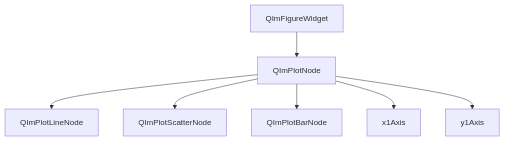
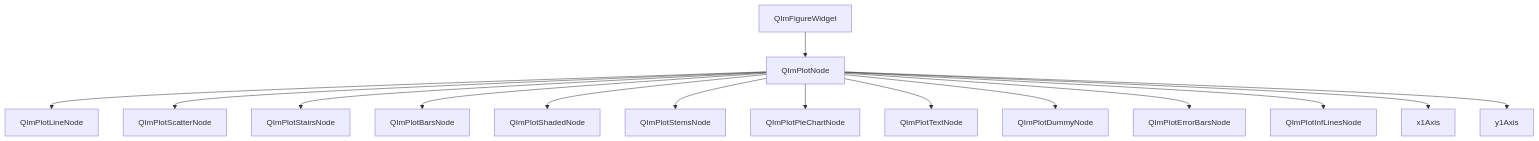
One commit to czyt1988/QIm changed the diagram in docs/zh/plot2d/index.md. Above: the diagram before and after it, drawn with Mermaid. The commit also changed other lines of this file and 15 other files, not shown here.

````diff
--- a/docs/zh/plot2d/index.md
+++ b/docs/zh/plot2d/index.md
@@ -21,9 +21,17 @@
 ```mermaid
 graph TD
     Figure[QImFigureWidget] --> Plot[QImPlotNode]
     Plot --> Line[QImPlotLineNode]
     Plot --> Scatter[QImPlotScatterNode]
-    Plot --> Bar[QImPlotBarNode]
+    Plot --> Stairs[QImPlotStairsNode]
+    Plot --> Bar[QImPlotBarsNode]
+    Plot --> Shaded[QImPlotShadedNode]
+    Plot --> Stems[QImPlotStemsNode]
+    Plot --> Pie[QImPlotPieChartNode]
+    Plot --> Text[QImPlotTextNode]
+    Plot --> Dummy[QImPlotDummyNode]
+    Plot --> ErrorBars[QImPlotErrorBarsNode]
+    Plot --> InfLines[QImPlotInfLinesNode]
     Plot --> Axis1[x1Axis]
     Plot --> Axis2[y1Axis]
 ```
````
